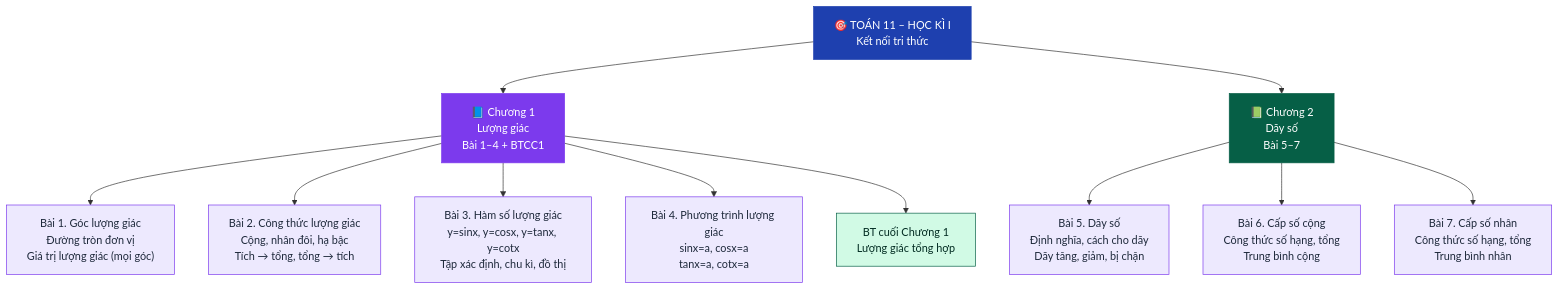
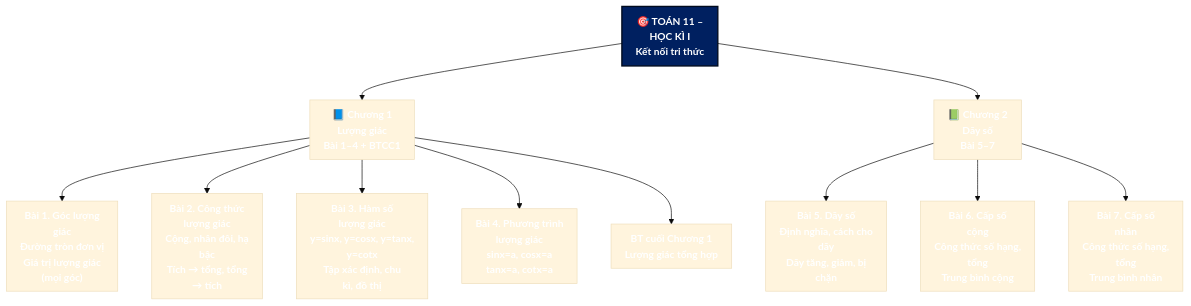
Before and after one commit to Trangtu66/Taode_thi_online: the second of 30 diagrams in README.md, drawn with Mermaid. The commit also changed other lines of this file and 299 other files, not shown here.

````diff
--- a/README.md
+++ b/README.md
@@ -96,22 +101,29 @@
 ```mermaid
+%%{init: {"theme": "base", "htmlLabels": true, "flowchart": {"htmlLabels": true, "padding": 10, "curve": "basis"}, "themeVariables": {"fontSize": "15px"}}}%%
 graph TD
-    T11["🎯 TOÁN 11 – HỌC KÌ I<br/>Kết nối tri thức"]:::root
+    T11["🎯 TOÁN 11 –<br/>HỌC KÌ I<br/>Kết nối tri thức"]:::root
     T11 --> LG["📘 Chương 1<br/>Lượng giác<br/>Bài 1–4 + BTCC1"]:::nhom1
     T11 --> DS["📗 Chương 2<br/>Dãy số<br/>Bài 5–7"]:::nhom2
 
-    LG --> L1["Bài 1. Góc lượng giác<br/>Đường tròn đơn vị<br/>Giá trị lượng giác (mọi góc)"]:::bai
-    LG --> L2["Bài 2. Công thức lượng giác<br/>Cộng, nhân đôi, hạ bậc<br/>Tích → tổng, tổng → tích"]:::bai
-    LG --> L3["Bài 3. Hàm số lượng giác<br/>y=sinx, y=cosx, y=tanx, y=cotx<br/>Tập xác định, chu kì, đồ thị"]:::bai
-    LG --> L4["Bài 4. Phương trình lượng giác<br/>sinx=a, cosx=a<br/>tanx=a, cotx=a"]:::bai
+    LG --> L1["Bài 1. Góc lượng<br/>giác<br/>Đường tròn đơn vị<br/>Giá trị lượng giác<br/>(mọi góc)"]:::bai
+    LG --> L2["Bài 2. Công thức<br/>lượng giác<br/>Cộng, nhân đôi, hạ<br/>bậc<br/>Tích → tổng, tổng<br/>→ tích"]:::bai
+    LG --> L3["Bài 3. Hàm số<br/>lượng giác<br/>y=sinx, y=cosx, y=tanx,<br/>y=cotx<br/>Tập xác định, chu<br/>kì, đồ thị"]:::bai
+    LG --> L4["Bài 4. Phương trình<br/>lượng giác<br/>sinx=a, cosx=a<br/>tanx=a, cotx=a"]:::bai
     LG --> LBT["BT cuối Chương 1<br/>Lượng giác tổng hợp"]:::bt
 
-    DS --> D5["Bài 5. Dãy số<br/>Định nghĩa, cách cho dãy<br/>Dãy tăng, giảm, bị chặn"]:::bai
-    DS --> D6["Bài 6. Cấp số cộng<br/>Công thức số hạng, tổng<br/>Trung bình cộng"]:::bai
-    DS --> D7["Bài 7. Cấp số nhân<br/>Công thức số hạng, tổng<br/>Trung bình nhân"]:::bai
+    DS --> D5["Bài 5. Dãy số<br/>Định nghĩa, cách cho<br/>dãy<br/>Dãy tăng, giảm, bị<br/>chặn"]:::bai
+    DS --> D6["Bài 6. Cấp số<br/>cộng<br/>Công thức số hạng,<br/>tổng<br/>Trung bình cộng"]:::bai
+    DS --> D7["Bài 7. Cấp số<br/>nhân<br/>Công thức số hạng,<br/>tổng<br/>Trung bình nhân"]:::bai
 
-    classDef root  fill:#1E40AF,color:#fff,stroke:#1E40AF
-    classDef nhom1 fill:#7C3AED,color:#fff,stroke:#7C3AED
-    classDef nhom2 fill:#065F46,color:#fff,stroke:#065F46
-    classDef bai   fill:#EDE9FE,color:#1E293B,stroke:#7C3AED
-    classDef bt    fill:#D1FAE5,color:#022c22,stroke:#065F46
+    classDef root fill:#002060,color:#FFFFFF,stroke:#000B1E,stroke-width:2px,font-weight:bold
+    classDef n1 fill:#E2EFDA,color:#000000,stroke:#375623,stroke-width:3px,font-weight:bold
+    classDef n2 fill:#FFF2CC,color:#000000,stroke:#BF8F00,stroke-width:3px,font-weight:bold
+    classDef n3 fill:#E2EFDA,color:#000000,stroke:#375623,stroke-width:3px,font-weight:bold
+    classDef n4 fill:#FFF2CC,color:#000000,stroke:#BF8F00,stroke-width:3px,font-weight:bold
+    classDef n5 fill:#E2EFDA,color:#000000,stroke:#375623,stroke-width:3px,font-weight:bold
+    classDef l1 fill:#EDF5E8,color:#000000,stroke:#548235
+    classDef l2 fill:#FFF8E1,color:#000000,stroke:#BF8F00
+    classDef l3 fill:#E3EEF9,color:#000000,stroke:#2F5597
+    classDef l4 fill:#F3E8F7,color:#000000,stroke:#7030A0
+    classDef l5 fill:#FDE9E1,color:#000000,stroke:#C55A11
 ```
````
